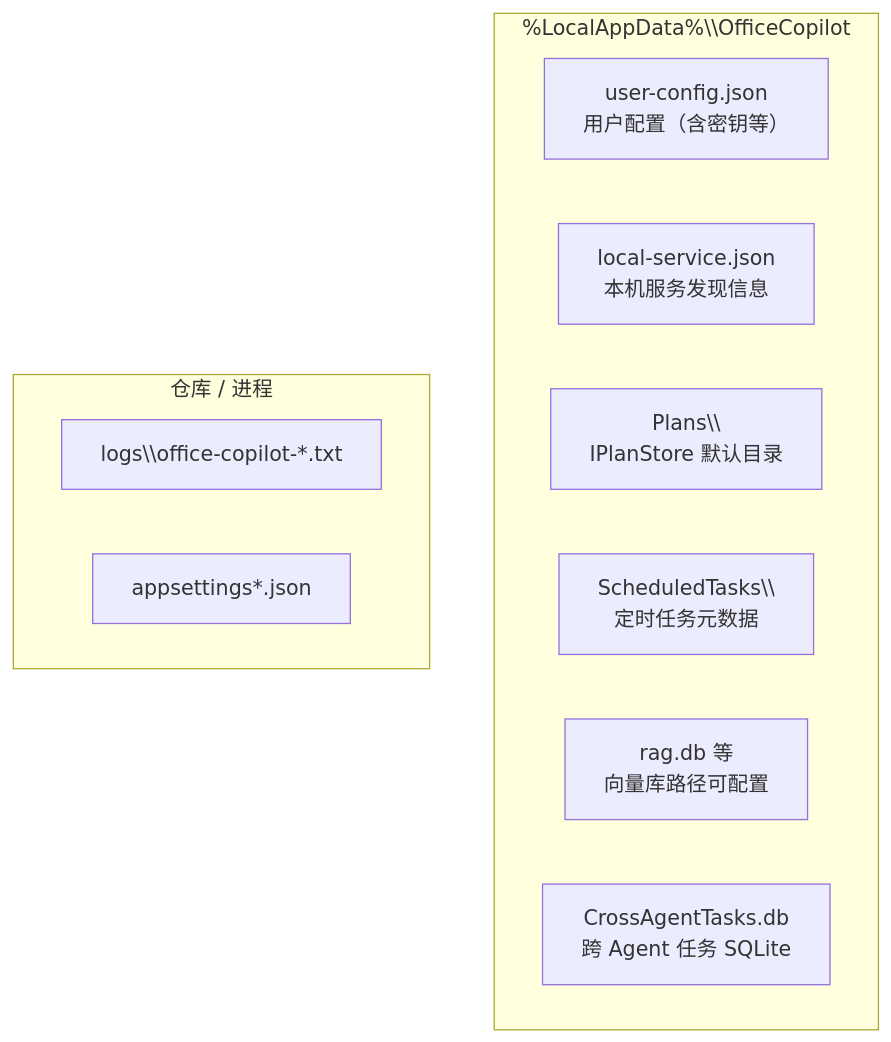
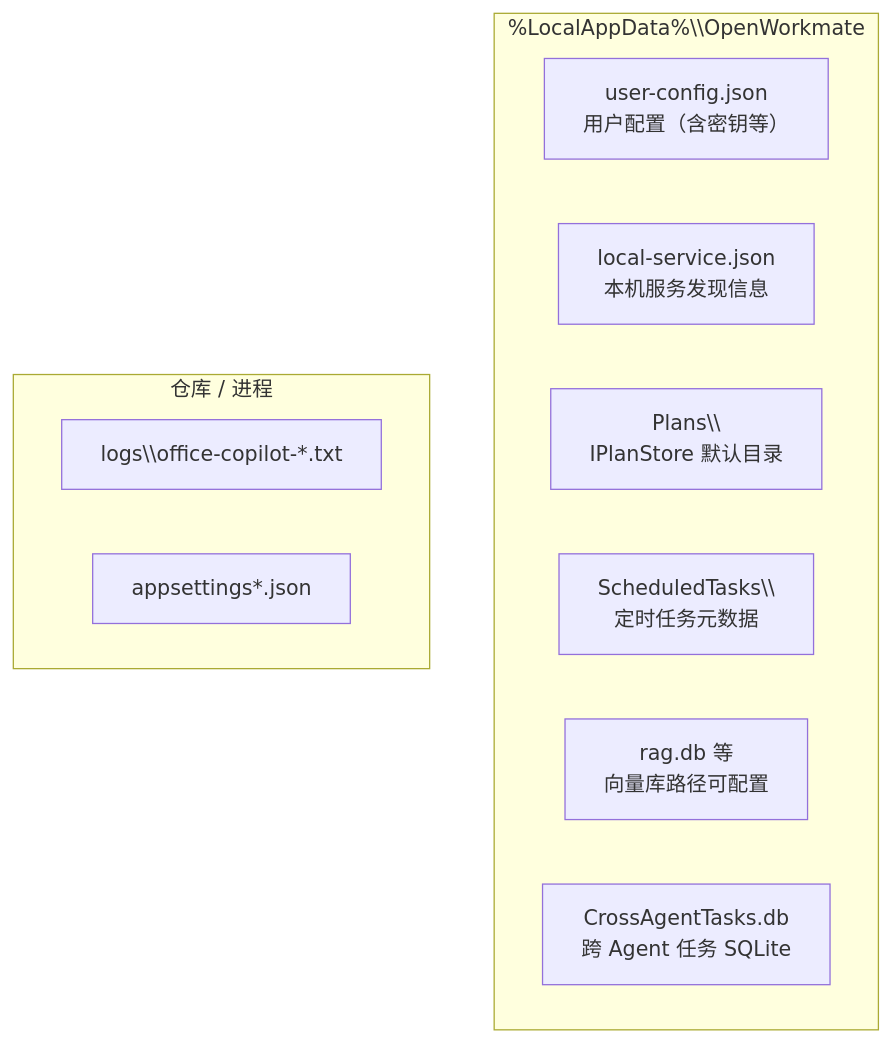
The seventh of 10 diagrams in docs/architecture-dimensions.md (torsilver/OpenWorkmate), drawn with Mermaid before and after one commit. The commit also changed other lines of this file and 478 other files, not shown here.

First line of the commit message:
refactor: rename product to Open Workmate (OpenWorkmate)

````diff
--- a/docs/architecture-dimensions.md
+++ b/docs/architecture-dimensions.md
@@ -197,16 +197,16 @@
 ```mermaid
 flowchart TB
-  subgraph appdata["%LocalAppData%\\OfficeCopilot"]
+  subgraph appdata["%LocalAppData%\\OpenWorkmate"]
     UC["user-config.json<br/>用户配置（含密钥等）"]
     LS["local-service.json<br/>本机服务发现信息"]
     PLANS["Plans\\<br/>IPlanStore 默认目录"]
     ST["ScheduledTasks\\<br/>定时任务元数据"]
     RAG["rag.db 等<br/>向量库路径可配置"]
     CAT["CrossAgentTasks.db<br/>跨 Agent 任务 SQLite"]
   end
 
   subgraph repo2["仓库 / 进程"]
     LOGS["logs\\office-copilot-*.txt"]
     APPSET["appsettings*.json"]
   end
 ```
````
